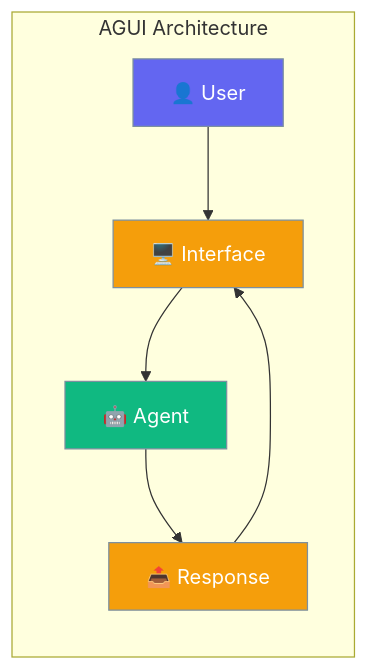
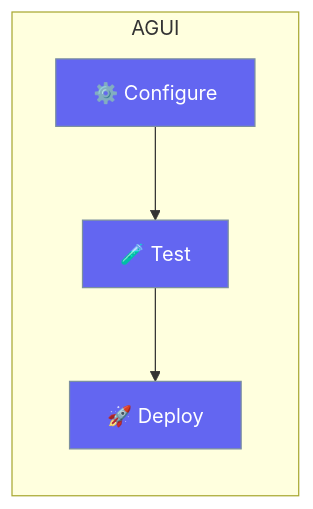
The diagram in docs/rust/agui.mdx (MervinPraison/PraisonAIDocs), drawn with Mermaid before and after one commit. The commit also changed other lines of this file and 87 other files, not shown here.

````diff
--- a/docs/rust/agui.mdx
+++ b/docs/rust/agui.mdx
@@ -10,17 +10,10 @@
 ```mermaid
 graph LR
-    subgraph "AGUI Architecture"
-        U[👤 User] --> I[🖥️ Interface]
-        I --> A[🤖 Agent]
-        A --> R[📤 Response]
-        R --> I
+    subgraph "AGUI"
+        C[⚙️ Configure] --> T[🧪 Test]
+        T --> D[🚀 Deploy]
     end
     
-    classDef user fill:#6366F1,stroke:#7C90A0,color:#fff
-    classDef ui fill:#F59E0B,stroke:#7C90A0,color:#fff
-    classDef agent fill:#10B981,stroke:#7C90A0,color:#fff
-    
-    class U user
-    class I,R ui
-    class A agent
+    classDef step fill:#6366F1,stroke:#7C90A0,color:#fff
+    class C,T,D step
 ```
````
